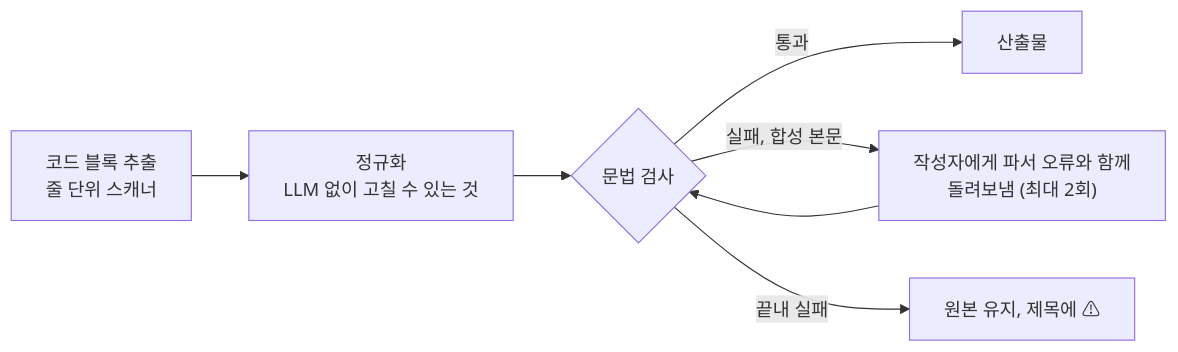
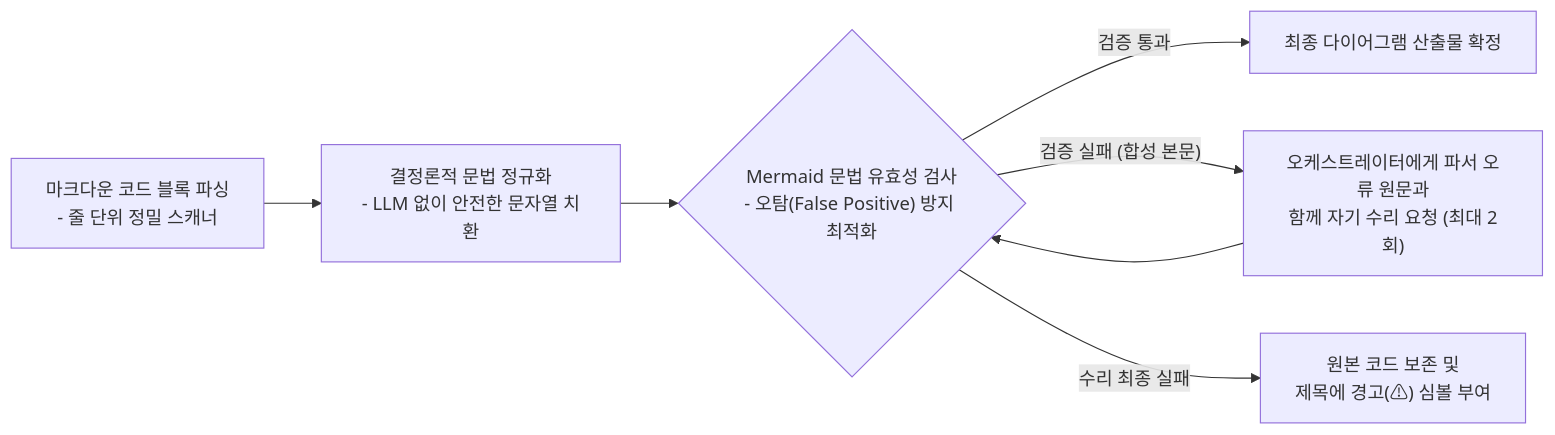
Before and after one commit to HaJaehee/MultiAgentDebateAndOrchestrationPlatform: the second of 2 diagrams in lectures/04-core-techniques/04-orchestration.md, drawn with Mermaid. The commit also changed other lines of this file and 39 other files, not shown here.

````diff
--- a/lectures/04-core-techniques/04-orchestration.md
+++ b/lectures/04-core-techniques/04-orchestration.md
@@ -238,9 +160,9 @@
 ```mermaid
 flowchart LR
-    a["코드 블록 추출<br/>줄 단위 스캐너"] --> b["정규화<br/>LLM 없이 고칠 수 있는 것"]
-    b --> c{"문법 검사"}
-    c -->|"통과"| ok["산출물"]
-    c -->|"실패, 합성 본문"| r["작성자에게 파서 오류와 함께<br/>돌려보냄 (최대 2회)"]
+    a["마크다운 코드 블록 파싱<br/>- 줄 단위 정밀 스캐너"] --> b["결정론적 문법 정규화<br/>- LLM 없이 안전한 문자열 치환"]
+    b --> c{"Mermaid 문법 유효성 검사<br/>- 오탐(False Positive) 방지 최적화"}
+    c -->|"검증 통과"| ok["최종 다이어그램 산출물 확정"]
+    c -->|"검증 실패 (합성 본문)"| r["오케스트레이터에게 파서 오류 원문과<br/>함께 자기 수리 요청 (최대 2회)"]
     r --> c
-    c -->|"끝내 실패"| w["원본 유지, 제목에 ⚠"]
+    c -->|"수리 최종 실패"| w["원본 코드 보존 및<br/>제목에 경고(⚠) 심볼 부여"]
 ```
````
